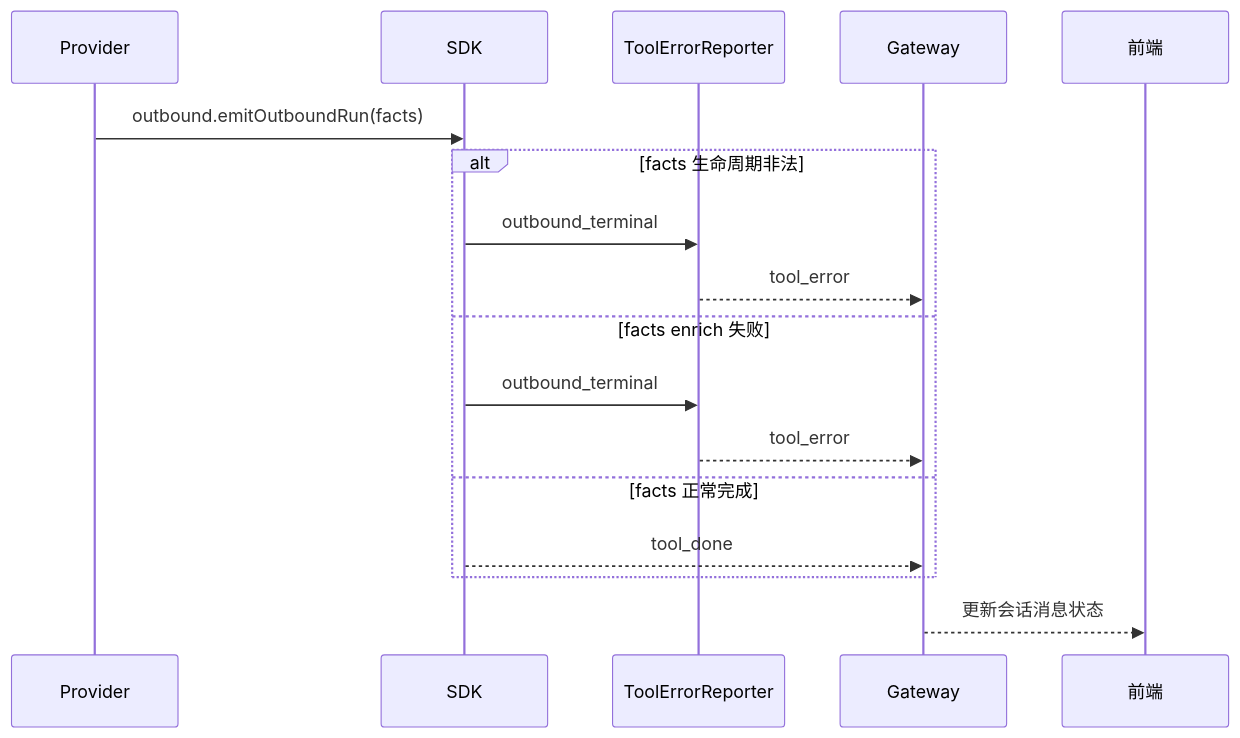
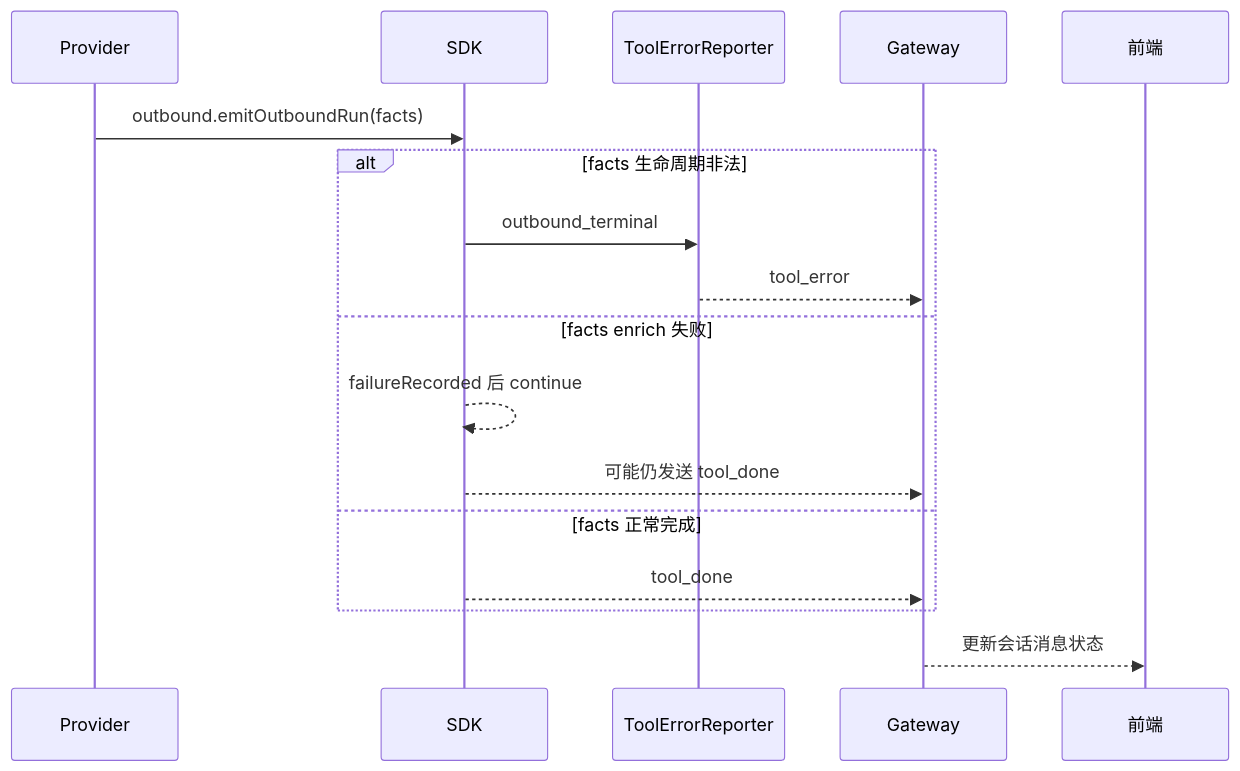
Before and after one commit to yuzhangCZ/agent-plugin: the third of 3 diagrams in docs/design/bridge-runtime-sdk-tool-error-stage-matrix.md, drawn with Mermaid. The commit also changed other lines of this file and 4 other files, not shown here.

Commit message:
fix bridge runtime tool error docs and tests

````diff
--- a/docs/design/bridge-runtime-sdk-tool-error-stage-matrix.md
+++ b/docs/design/bridge-runtime-sdk-tool-error-stage-matrix.md
@@ -103,20 +103,20 @@
 ```mermaid
 sequenceDiagram
     participant P as Provider
     participant SDK as SDK
     participant TER as ToolErrorReporter
     participant GW as Gateway
     participant FE as 前端
 
     P->>SDK: outbound.emitOutboundRun(facts)
     alt facts 生命周期非法
         SDK->>TER: outbound_terminal
         TER-->>GW: tool_error
     else facts enrich 失败
-        SDK->>TER: outbound_terminal
-        TER-->>GW: tool_error
+        SDK-->>SDK: failureRecorded 后 continue
+        SDK-->>GW: 可能仍发送 tool_done
     else facts 正常完成
         SDK-->>GW: tool_done
     end
     GW-->>FE: 更新会话消息状态
 ```
````
